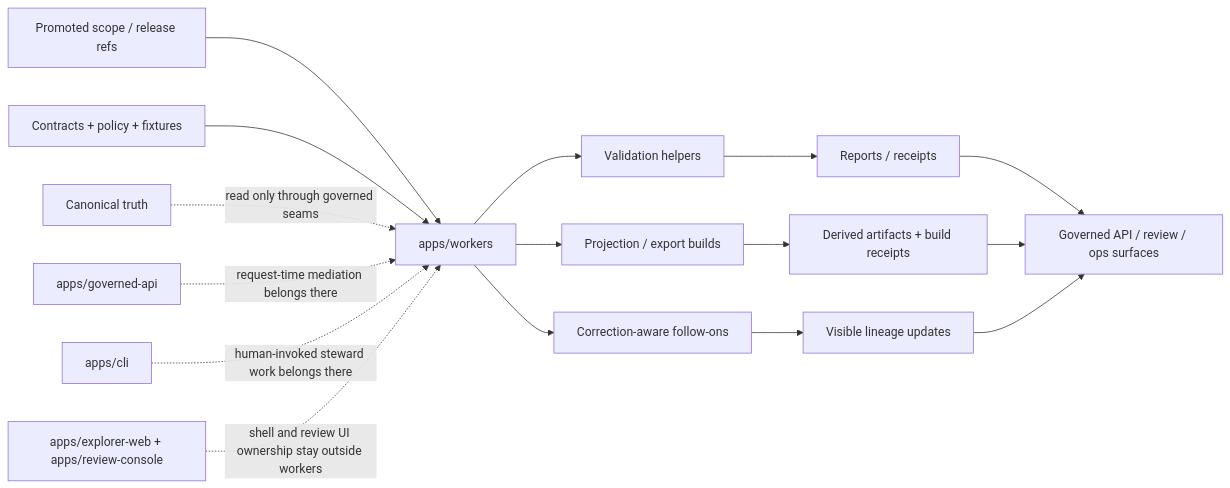
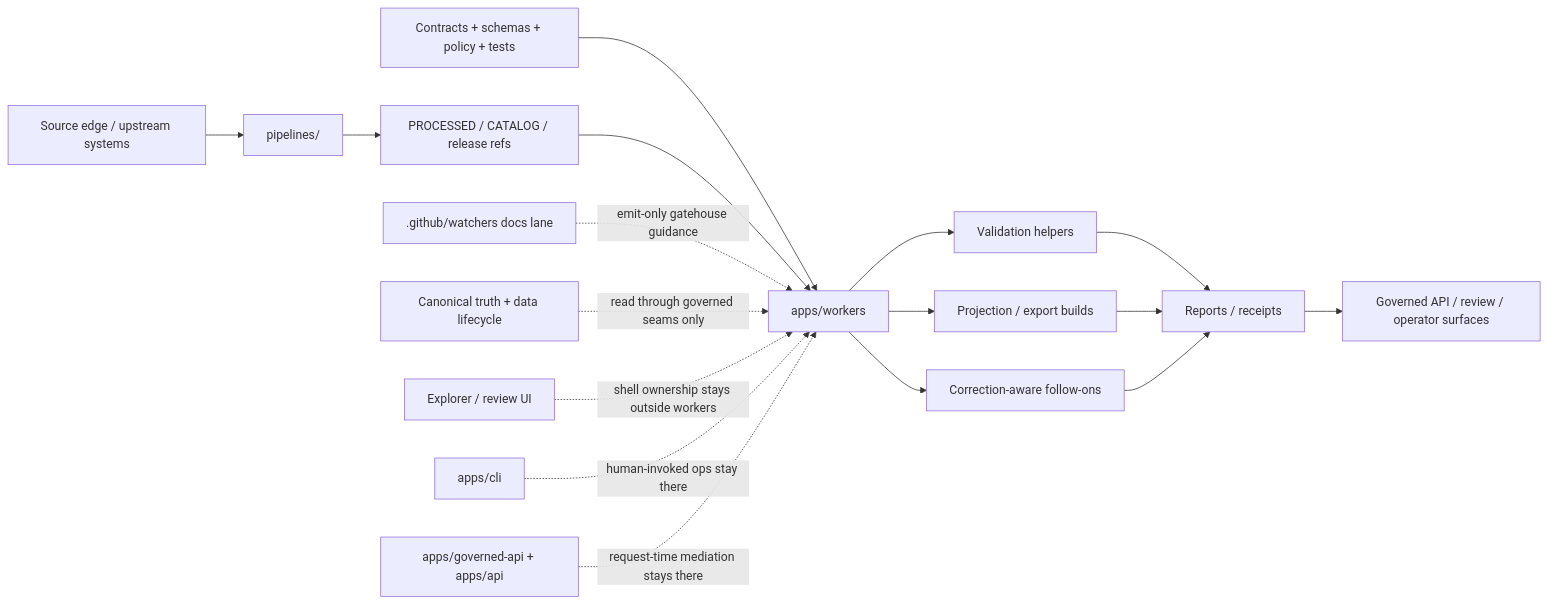
The diagram in apps/workers/README.md (bartytime4life/Kansas-Frontier-Matrix), drawn with Mermaid before and after one commit. The commit also changed other lines of this file, not shown here.

````diff
--- a/apps/workers/README.md
+++ b/apps/workers/README.md
@@ -257,19 +328,25 @@
 ```mermaid
 flowchart LR
-    A[Promoted scope / release refs] --> B[apps/workers]
-    C[Contracts + policy + fixtures] --> B
-    B --> D[Validation helpers]
-    B --> E[Projection / export builds]
-    B --> F[Correction-aware follow-ons]
-    D --> G[Reports / receipts]
-    E --> H[Derived artifacts + build receipts]
-    F --> I[Visible lineage updates]
-    G --> J[Governed API / review / ops surfaces]
-    H --> J
-    I --> J
+    A[Source edge / upstream systems] --> P[pipelines/]
+    P --> R[PROCESSED / CATALOG / release refs]
 
-    K[Canonical truth] -. read only through governed seams .-> B
-    L[apps/governed-api] -. request-time mediation belongs there .-> B
-    M[apps/cli] -. human-invoked steward work belongs there .-> B
-    N[apps/explorer-web + apps/review-console] -. shell and review UI ownership stay outside workers .-> B
+    C[Contracts + schemas + policy + tests] --> W[apps/workers]
+    R --> W
+
+    G[.github/watchers docs lane] -. emit-only gatehouse guidance .-> W
+    T[Canonical truth + data lifecycle] -. read through governed seams only .-> W
+
+    W --> D[Validation helpers]
+    W --> E[Projection / export builds]
+    W --> F[Correction-aware follow-ons]
+
+    D --> O[Reports / receipts]
+    E --> O
+    F --> O
+
+    O --> Z[Governed API / review / operator surfaces]
+
+    UI[Explorer / review UI] -. shell ownership stays outside workers .-> W
+    CLI[apps/cli] -. human-invoked ops stay there .-> W
+    API[apps/governed-api + apps/api] -. request-time mediation stays there .-> W
 ```
````
